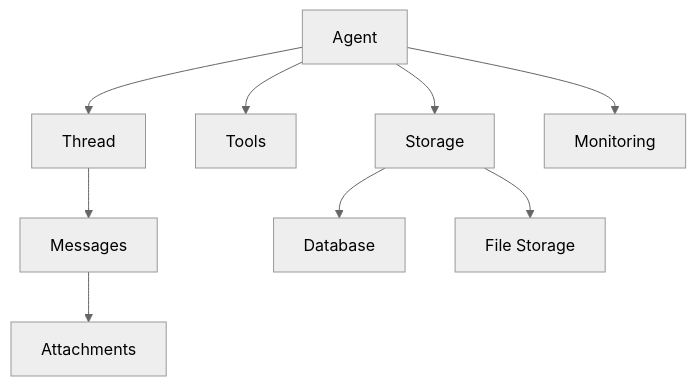
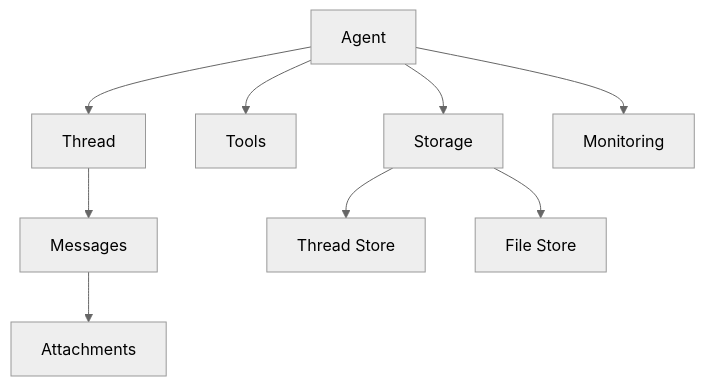
The diagram in docs/docs/core-concepts.md (flores8/product-decision-agent), drawn with Mermaid (neutral theme) before and after one commit. The commit also changed other lines of this file and 4 other files, not shown here.

````diff
--- a/docs/docs/core-concepts.md
+++ b/docs/docs/core-concepts.md
@@ -15,11 +15,11 @@
 ```mermaid
 graph TD
     A[Agent] --> B[Thread]
     B --> C[Messages]
     C --> D[Attachments]
     A --> E[Tools]
     A --> F[Storage]
-    F --> G[Database]
-    F --> H[File Storage]
+    F --> G[Thread Store]
+    F --> H[File Store]
     A --> I[Monitoring]
 ```
````
